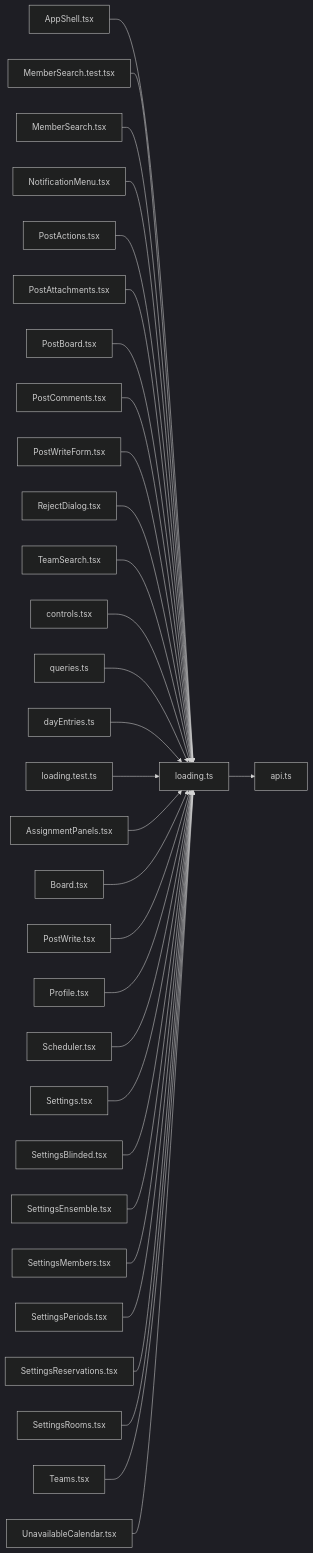
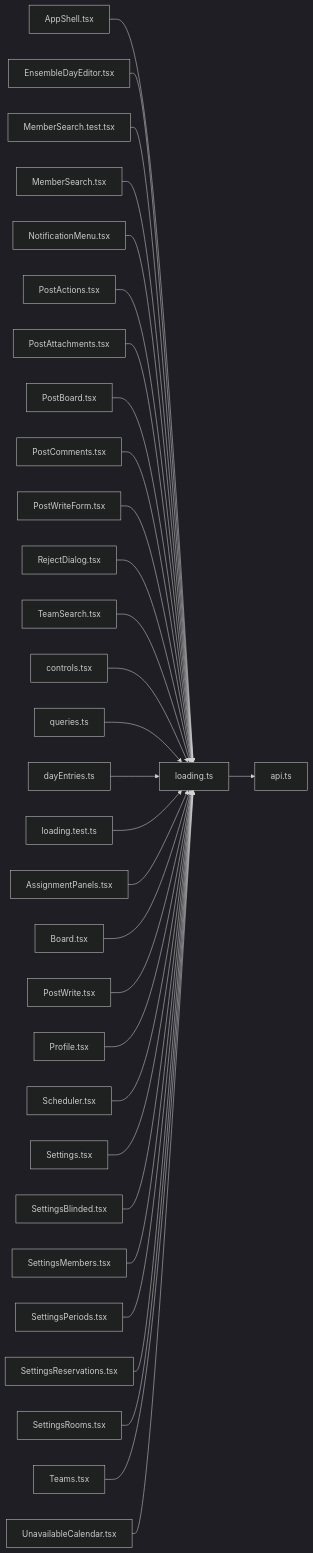
Before and after one commit to minkong-dev/Banblit: the diagram in .cluedoc/graph/frontend/src/lib/loading.md, drawn with Mermaid (dark theme). The commit also changed other lines of this file and 15 other files, not shown here.

Commit message:
frontend: move the per-day ensemble time editor into components

````diff
--- a/.cluedoc/graph/frontend/src/lib/loading.md
+++ b/.cluedoc/graph/frontend/src/lib/loading.md
@@ -10,34 +10,34 @@
 ```mermaid
 flowchart LR
   frontend_src_lib_loading["loading.ts"]
   frontend_src_lib_loading --> frontend_src_lib_api["api.ts"]
   frontend_src_components_AppShell["AppShell.tsx"] --> frontend_src_lib_loading
+  frontend_src_components_EnsembleDayEditor["EnsembleDayEditor.tsx"] --> frontend_src_lib_loading
   frontend_src_components_MemberSearch_test["MemberSearch.test.tsx"] --> frontend_src_lib_loading
   frontend_src_components_MemberSearch["MemberSearch.tsx"] --> frontend_src_lib_loading
   frontend_src_components_NotificationMenu["NotificationMenu.tsx"] --> frontend_src_lib_loading
   frontend_src_components_PostActions["PostActions.tsx"] --> frontend_src_lib_loading
   frontend_src_components_PostAttachments["PostAttachments.tsx"] --> frontend_src_lib_loading
   frontend_src_components_PostBoard["PostBoard.tsx"] --> frontend_src_lib_loading
   frontend_src_components_PostComments["PostComments.tsx"] --> frontend_src_lib_loading
   frontend_src_components_PostWriteForm["PostWriteForm.tsx"] --> frontend_src_lib_loading
   frontend_src_components_RejectDialog["RejectDialog.tsx"] --> frontend_src_lib_loading
   frontend_src_components_TeamSearch["TeamSearch.tsx"] --> frontend_src_lib_loading
   frontend_src_components_controls["controls.tsx"] --> frontend_src_lib_loading
   frontend_src_components_queries["queries.ts"] --> frontend_src_lib_loading
   frontend_src_lib_dayEntries["dayEntries.ts"] --> frontend_src_lib_loading
   frontend_src_lib_loading_test["loading.test.ts"] --> frontend_src_lib_loading
   frontend_src_routes_AssignmentPanels["AssignmentPanels.tsx"] --> frontend_src_lib_loading
   frontend_src_routes_Board["Board.tsx"] --> frontend_src_lib_loading
   frontend_src_routes_PostWrite["PostWrite.tsx"] --> frontend_src_lib_loading
   frontend_src_routes_Profile["Profile.tsx"] --> frontend_src_lib_loading
   frontend_src_routes_Scheduler["Scheduler.tsx"] --> frontend_src_lib_loading
   frontend_src_routes_Settings["Settings.tsx"] --> frontend_src_lib_loading
   frontend_src_routes_SettingsBlinded["SettingsBlinded.tsx"] --> frontend_src_lib_loading
-  frontend_src_routes_SettingsEnsemble["SettingsEnsemble.tsx"] --> frontend_src_lib_loading
   frontend_src_routes_SettingsMembers["SettingsMembers.tsx"] --> frontend_src_lib_loading
   frontend_src_routes_SettingsPeriods["SettingsPeriods.tsx"] --> frontend_src_lib_loading
   frontend_src_routes_SettingsReservations["SettingsReservations.tsx"] --> frontend_src_lib_loading
   frontend_src_routes_SettingsRooms["SettingsRooms.tsx"] --> frontend_src_lib_loading
   frontend_src_routes_Teams["Teams.tsx"] --> frontend_src_lib_loading
   frontend_src_routes_UnavailableCalendar["UnavailableCalendar.tsx"] --> frontend_src_lib_loading
 ```
````
